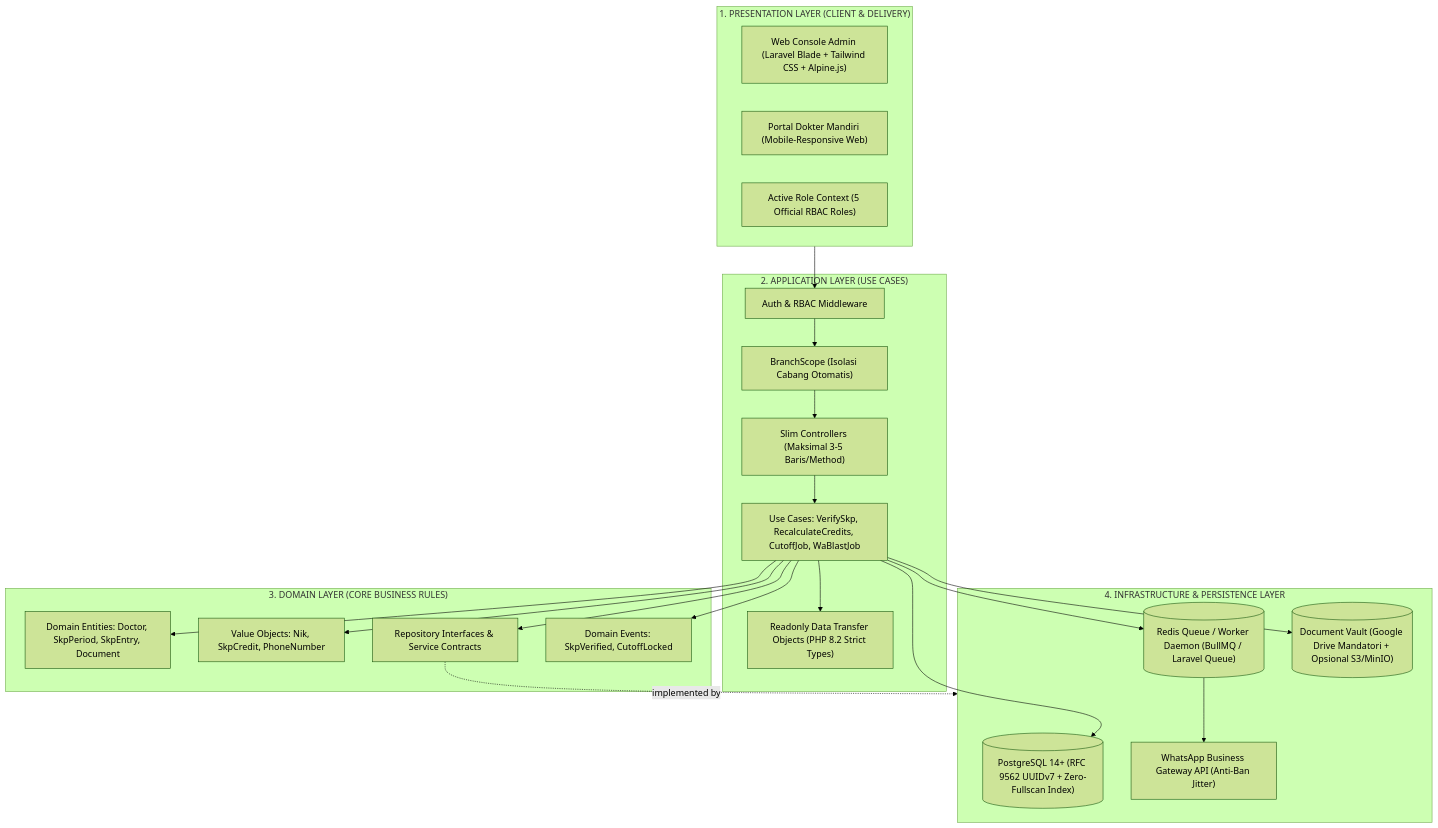
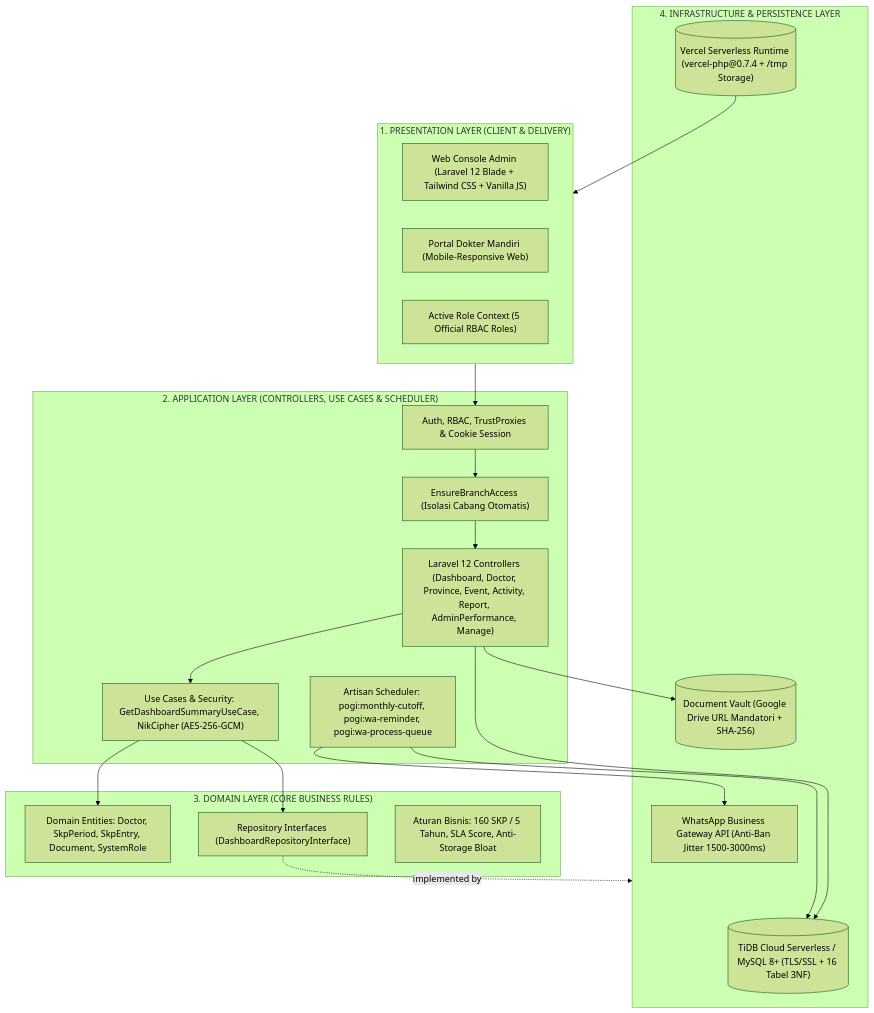
The first of 11 diagrams in ARCHITECTURE.md (echoTech187/pogi-spk-tracker), drawn with Mermaid (forest theme) before and after one commit. The commit also changed other lines of this file, not shown here.

Commit message:
docs(architecture): align ARCHITECTURE.md with Laravel 12, Vercel PHP, TiDB Cloud, and Artisan scheduler

````diff
--- a/ARCHITECTURE.md
+++ b/ARCHITECTURE.md
@@ -11,45 +11,42 @@
 ```mermaid
 flowchart TD
     subgraph ClientLayer["1. PRESENTATION LAYER (CLIENT & DELIVERY)"]
-        WebAdmin["Web Console Admin (Laravel Blade + Tailwind CSS + Alpine.js)"]
+        WebAdmin["Web Console Admin (Laravel 12 Blade + Tailwind CSS + Vanilla JS)"]
         PortalDokter["Portal Dokter Mandiri (Mobile-Responsive Web)"]
         RoleSwitcher["Active Role Context (5 Official RBAC Roles)"]
     end
 
-    subgraph AppLayer["2. APPLICATION LAYER (USE CASES)"]
-        MW["Auth & RBAC Middleware"]
-        Scope["BranchScope (Isolasi Cabang Otomatis)"]
-        Controllers["Slim Controllers (Maksimal 3-5 Baris/Method)"]
-        UseCases["Use Cases: VerifySkp, RecalculateCredits, CutoffJob, WaBlastJob"]
-        DTOs["Readonly Data Transfer Objects (PHP 8.2 Strict Types)"]
+    subgraph AppLayer["2. APPLICATION LAYER (CONTROLLERS, USE CASES & SCHEDULER)"]
+        MW["Auth, RBAC, TrustProxies & Cookie Session"]
+        Scope["EnsureBranchAccess (Isolasi Cabang Otomatis)"]
+        Controllers["Laravel 12 Controllers (Dashboard, Doctor, Province, Event, Activity, Report, AdminPerformance, Manage)"]
+        UseCases["Use Cases & Security: GetDashboardSummaryUseCase, NikCipher (AES-256-GCM)"]
+        Commands["Artisan Scheduler: pogi:monthly-cutoff, pogi:wa-reminder, pogi:wa-process-queue"]
     end
 
     subgraph DomainLayer["3. DOMAIN LAYER (CORE BUSINESS RULES)"]
-        Entities["Domain Entities: Doctor, SkpPeriod, SkpEntry, Document"]
-        ValueObjects["Value Objects: Nik, SkpCredit, PhoneNumber"]
-        Contracts["Repository Interfaces & Service Contracts"]
-        Events["Domain Events: SkpVerified, CutoffLocked"]
+        Entities["Domain Entities: Doctor, SkpPeriod, SkpEntry, Document, SystemRole"]
+        Contracts["Repository Interfaces (DashboardRepositoryInterface)"]
+        Rules["Aturan Bisnis: 160 SKP / 5 Tahun, SLA Score, Anti-Storage Bloat"]
     end
 
     subgraph InfraLayer["4. INFRASTRUCTURE & PERSISTENCE LAYER"]
-        Postgres[("PostgreSQL 14+ (RFC 9562 UUIDv7 + Zero-Fullscan Index)")]
-        RedisQueue[("Redis Queue / Worker Daemon (BullMQ / Laravel Queue)")]
-        DocVault[("Document Vault (Google Drive Mandatori + Opsional S3/MinIO)")]
-        WAGateway["WhatsApp Business Gateway API (Anti-Ban Jitter)"]
+        TiDB[("TiDB Cloud Serverless / MySQL 8+ (TLS/SSL + 16 Tabel 3NF)")]
+        Vercel[("Vercel Serverless Runtime (vercel-php@0.7.4 + /tmp Storage)")]
+        DocVault[("Document Vault (Google Drive URL Mandatori + SHA-256)")]
+        WAGateway["WhatsApp Business Gateway API (Anti-Ban Jitter 1500-3000ms)"]
     end
 
     ClientLayer --> MW
     MW --> Scope
     Scope --> Controllers
     Controllers --> UseCases
-    UseCases --> DTOs
+    Controllers --> TiDB
     UseCases --> Contracts
     UseCases --> Entities
-    UseCases --> ValueObjects
-    UseCases --> Events
     Contracts -.->|implemented by| InfraLayer
-    UseCases --> RedisQueue
-    RedisQueue --> WAGateway
-    UseCases --> Postgres
-    UseCases --> DocVault
+    Commands --> TiDB
+    Commands --> WAGateway
+    Controllers --> DocVault
+    Vercel --> ClientLayer
 ```
````
